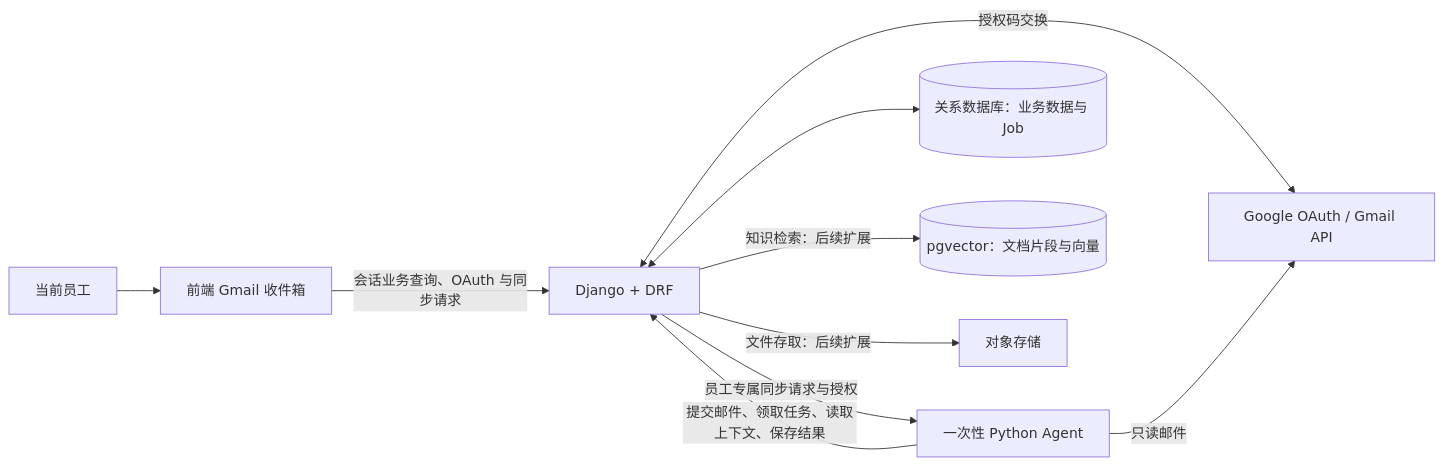
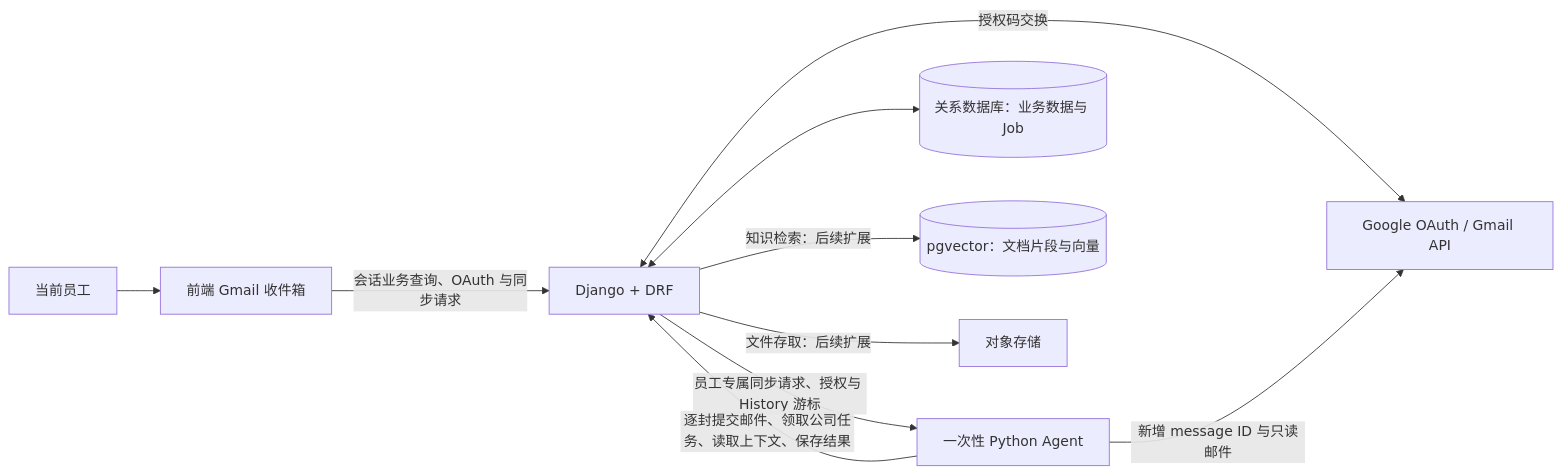
The diagram in backend/docs/architecture-and-tech-stack.md (heropig114514/SalesMate), drawn with Mermaid before and after one commit. The commit also changed other lines of this file and 9 other files, not shown here.

````diff
--- a/backend/docs/architecture-and-tech-stack.md
+++ b/backend/docs/architecture-and-tech-stack.md
@@ -17,12 +17,12 @@
 ```mermaid
 flowchart LR
     U[当前员工] --> F[前端 Gmail 收件箱]
     F -->|会话业务查询、OAuth 与同步请求| B[Django + DRF]
     B <-->|授权码交换| G[Google OAuth / Gmail API]
-    B -->|员工专属同步请求与授权| A[一次性 Python Agent]
-    A -->|只读邮件| G
-    A -->|提交邮件、领取任务、读取上下文、保存结果| B
+    B -->|员工专属同步请求、授权与 History 游标| A[一次性 Python Agent]
+    A -->|新增 message ID 与只读邮件| G
+    A -->|逐封提交邮件、领取公司任务、读取上下文、保存结果| B
     B <--> D[(关系数据库：业务数据与 Job)]
     B -->|知识检索：后续扩展| V[(pgvector：文档片段与向量)]
     B -->|文件存取：后续扩展| S[对象存储]
 ```
````
